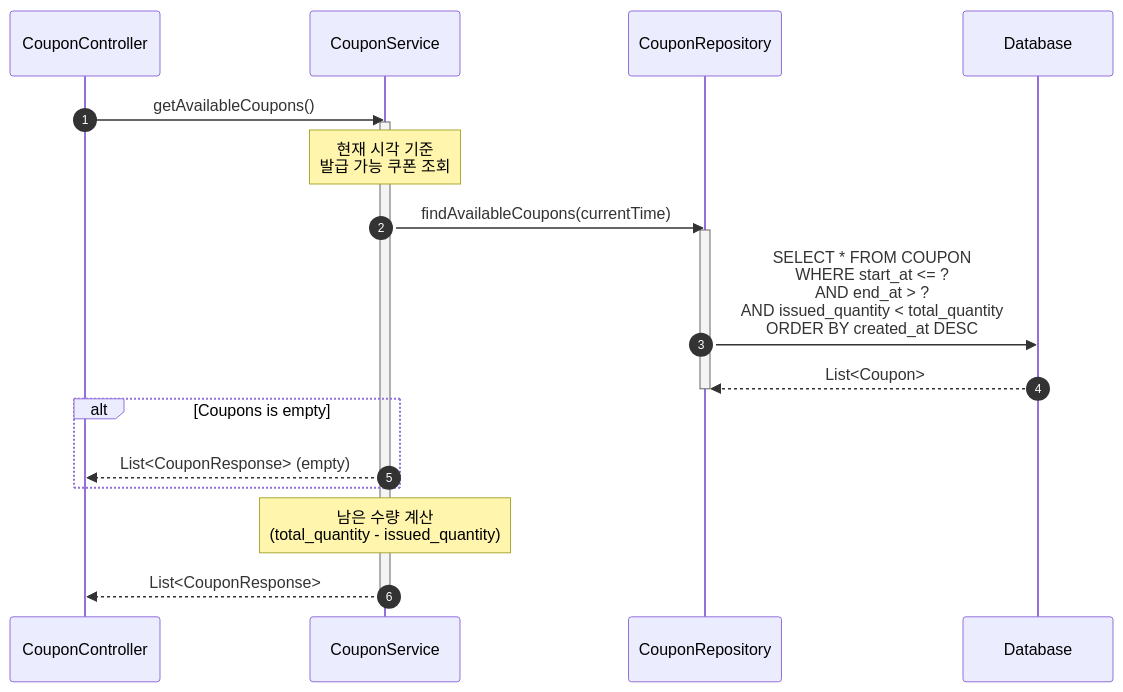
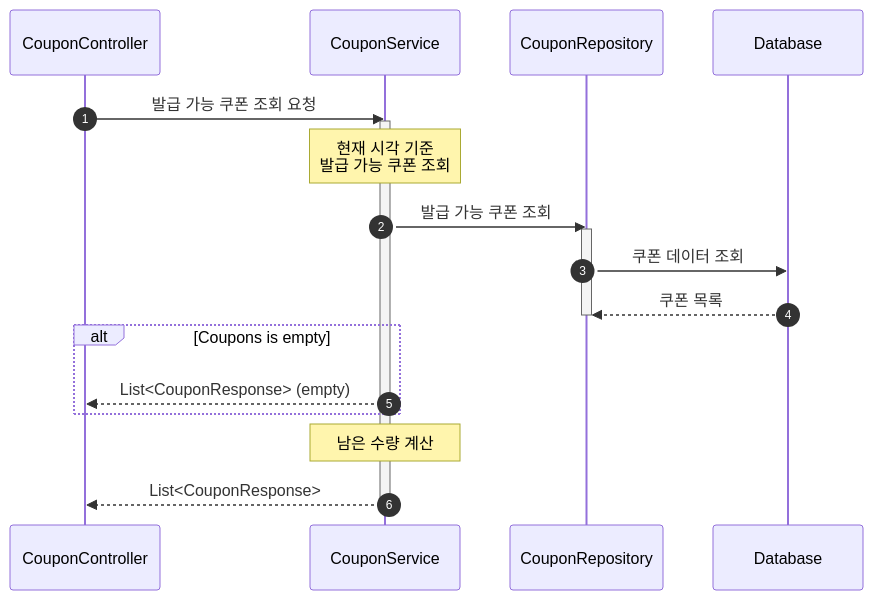
Before and after one commit to hye-ung97/hh-e-commerce: diagram 11 of 16 in docs/api/api-specification.md, drawn with Mermaid. The commit also changed other lines of this file, not shown here.

Commit message:
fix: 시퀀스 다이어그램에서 함수 이름 -> 설명으로 변경

````diff
--- a/docs/api/api-specification.md
+++ b/docs/api/api-specification.md
@@ -625,28 +625,28 @@
 ```mermaid
 sequenceDiagram
     autonumber
     participant C as CouponController
     participant S as CouponService
     participant CR as CouponRepository
     participant DB as Database
 
-    C->>S: getAvailableCoupons()
+    C->>S: 발급 가능 쿠폰 조회 요청
     activate S
 
     Note over S: 현재 시각 기준<br/>발급 가능 쿠폰 조회
 
-    S->>CR: findAvailableCoupons(currentTime)
+    S->>CR: 발급 가능 쿠폰 조회
     activate CR
-    CR->>DB: SELECT * FROM COUPON<br/>WHERE start_at <= ?<br/>AND end_at > ?<br/>AND issued_quantity < total_quantity<br/>ORDER BY created_at DESC
-    DB-->>CR: List<Coupon>
+    CR->>DB: 쿠폰 데이터 조회
+    DB-->>CR: 쿠폰 목록
     deactivate CR
 
     alt Coupons is empty
         S-->>C: List<CouponResponse> (empty)
     end
 
-    Note over S: 남은 수량 계산<br/>(total_quantity - issued_quantity)
+    Note over S: 남은 수량 계산
 
     S-->>C: List<CouponResponse>
     deactivate S
 ```
````
